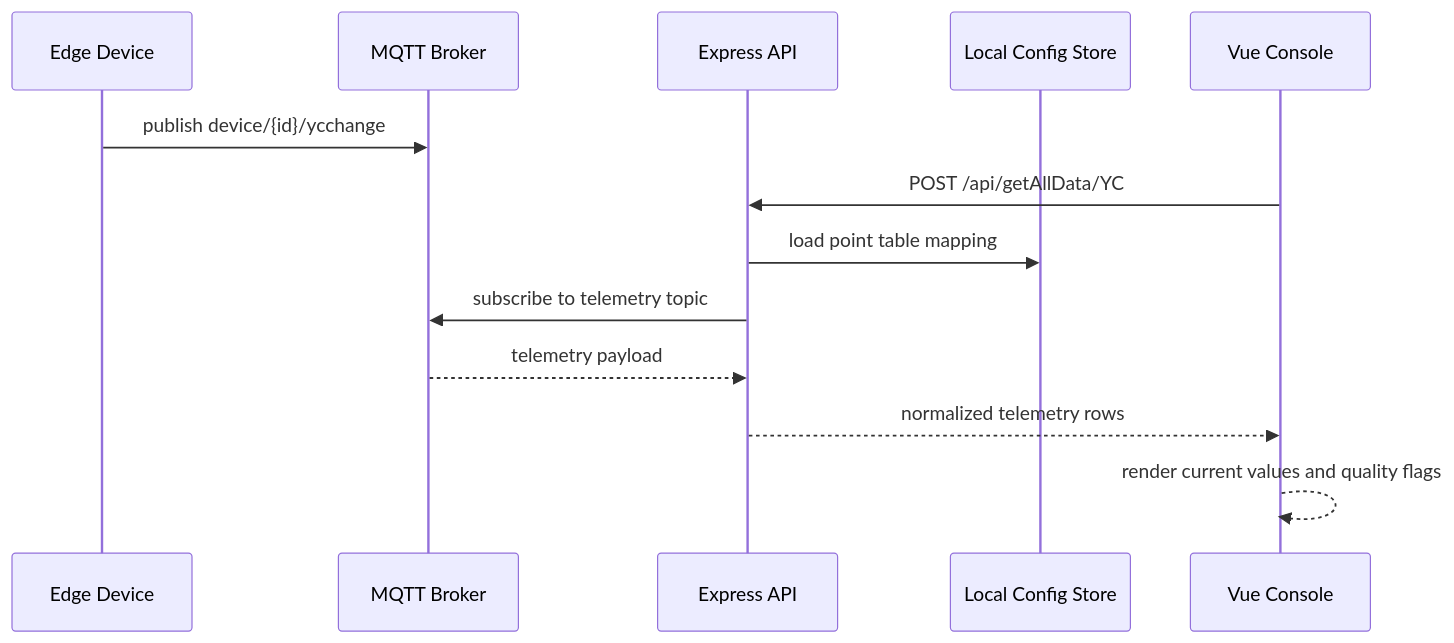
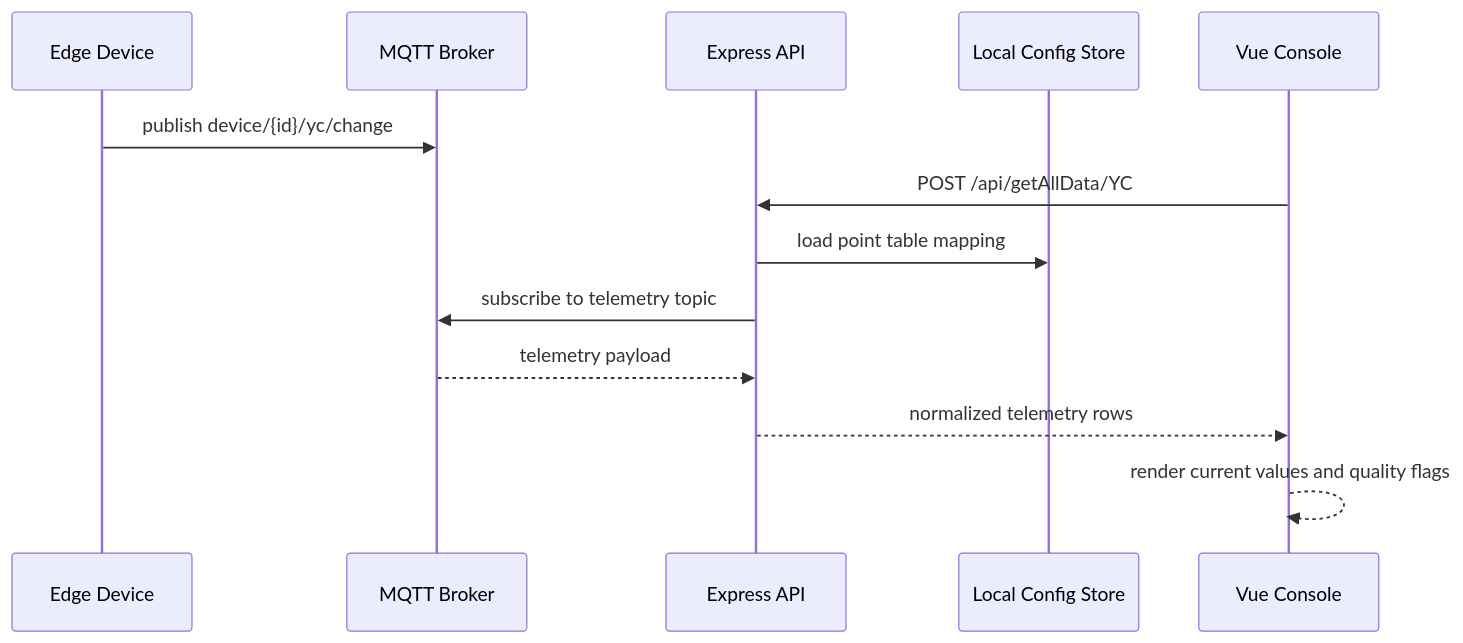
The first of 3 diagrams in docs/demo-walkthrough.md (26dos/industrial-telemetry-ingestion), drawn with Mermaid before and after one commit. The commit also changed other lines of this file and 45 other files, not shown here.

````diff
--- a/docs/demo-walkthrough.md
+++ b/docs/demo-walkthrough.md
@@ -10,16 +10,16 @@
 ```mermaid
 sequenceDiagram
     participant Device as Edge Device
     participant Broker as MQTT Broker
     participant Server as Express API
     participant Store as Local Config Store
     participant UI as Vue Console
 
-    Device->>Broker: publish device/{id}/ycchange
+    Device->>Broker: publish device/{id}/yc/change
     UI->>Server: POST /api/getAllData/YC
     Server->>Store: load point table mapping
     Server->>Broker: subscribe to telemetry topic
     Broker-->>Server: telemetry payload
     Server-->>UI: normalized telemetry rows
     UI-->>UI: render current values and quality flags
 ```
````
